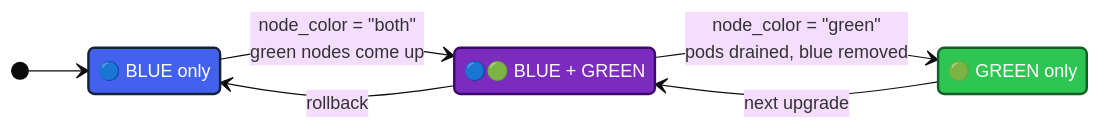
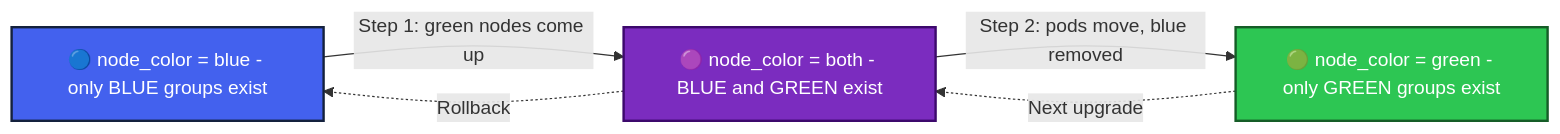
Before and after one commit to muntaha747/FinTech-Enterprise-Project: the seventh of 12 diagrams in Terraform-FinTech-Infra/README.md, drawn with Mermaid. The commit also changed other lines of this file and 1 other file, not shown here.

Commit message:
Fix README Mermaid diagrams, add interview notes; drop duplicate root EKS access entry [skip CI]

````diff
--- a/Terraform-FinTech-Infra/README.md
+++ b/Terraform-FinTech-Infra/README.md
@@ -260,21 +292,15 @@
 ```mermaid
-%%{init: {'theme':'base','themeVariables':{'fontSize':'15px'}}}%%
-stateDiagram-v2
-    direction LR
-    [*] --> Blue
-    Blue --> Both : node_color = "both"<br/>green nodes come up
-    Both --> Green : node_color = "green"<br/>pods drained, blue removed
-    Green --> Both : next upgrade
-    Both --> Blue : rollback
+flowchart LR
+    BLUE["🔵 node_color = blue - only BLUE groups exist"]:::blue
+    BOTH["🟣 node_color = both - BLUE and GREEN exist"]:::both
+    GREEN["🟢 node_color = green - only GREEN groups exist"]:::green
 
-    Blue : 🔵 BLUE only
-    Both : 🔵🟢 BLUE + GREEN
-    Green : 🟢 GREEN only
+    BLUE -->|"Step 1: green nodes come up"| BOTH
+    BOTH -->|"Step 2: pods move, blue removed"| GREEN
+    BOTH -.->|"Rollback"| BLUE
+    GREEN -.->|"Next upgrade"| BOTH
 
-    classDef blue fill:#4361EE,color:#fff,stroke:#14213D,stroke-width:2px
-    classDef both fill:#7B2CBF,color:#fff,stroke:#3C096C,stroke-width:2px
-    classDef green fill:#2DC653,color:#fff,stroke:#155D27,stroke-width:2px
-    class Blue blue
-    class Both both
-    class Green green
+    classDef blue  fill:#4361EE,stroke:#14213D,color:#fff,stroke-width:2px
+    classDef both  fill:#7B2CBF,stroke:#3C096C,color:#fff,stroke-width:2px
+    classDef green fill:#2DC653,stroke:#155D27,color:#fff,stroke-width:2px
 ```
````
